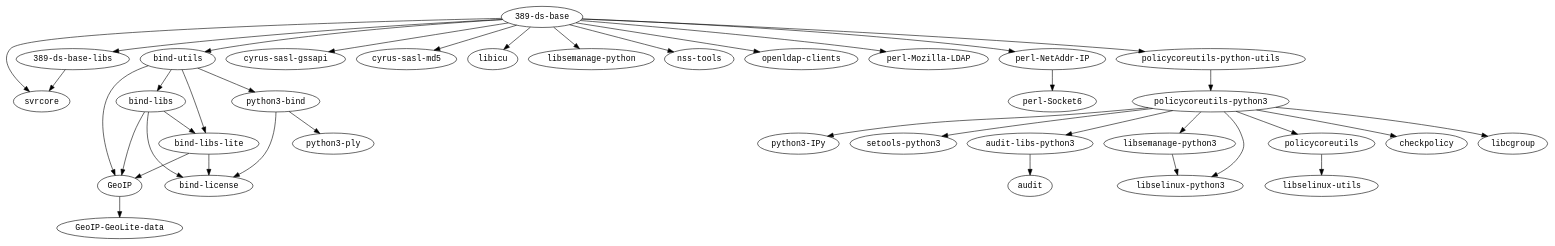
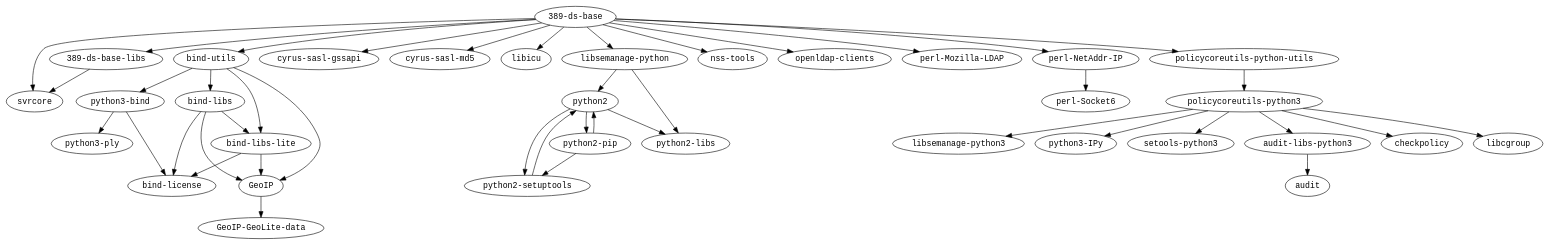
Before and after one commit to fedora-modularity/dependency-report: the diagram in modules/389-ds/s390x/graph.dot, drawn with Graphviz. The commit also changed 1721 other files, not shown here.

```diff
--- a/modules/389-ds/s390x/graph.dot
+++ b/modules/389-ds/s390x/graph.dot
@@ -1,41 +1,45 @@
 strict digraph G {
 node [fontname=monospace];
   "389-ds-base" -> "389-ds-base-libs";
   "389-ds-base" -> "bind-utils";
   "389-ds-base" -> "cyrus-sasl-gssapi";
   "389-ds-base" -> "cyrus-sasl-md5";
   "389-ds-base" -> "libicu";
   "389-ds-base" -> "libsemanage-python";
   "389-ds-base-libs" -> "svrcore";
   "389-ds-base" -> "nss-tools";
   "389-ds-base" -> "openldap-clients";
   "389-ds-base" -> "perl-Mozilla-LDAP";
   "389-ds-base" -> "perl-NetAddr-IP";
   "389-ds-base" -> "policycoreutils-python-utils";
   "389-ds-base" -> "svrcore";
   "audit-libs-python3" -> "audit";
   "bind-libs" -> "bind-libs-lite";
   "bind-libs" -> "bind-license";
   "bind-libs" -> "GeoIP";
   "bind-libs-lite" -> "bind-license";
   "bind-libs-lite" -> "GeoIP";
   "bind-utils" -> "bind-libs";
   "bind-utils" -> "bind-libs-lite";
   "bind-utils" -> "GeoIP";
   "bind-utils" -> "python3-bind";
   "GeoIP" -> "GeoIP-GeoLite-data";
-  "libsemanage-python3" -> "libselinux-python3";
+  "libsemanage-python" -> "python2";
+  "libsemanage-python" -> "python2-libs";
   "perl-NetAddr-IP" -> "perl-Socket6";
-  "policycoreutils" -> "libselinux-utils";
   "policycoreutils-python3" -> "audit-libs-python3";
   "policycoreutils-python3" -> "checkpolicy";
   "policycoreutils-python3" -> "libcgroup";
-  "policycoreutils-python3" -> "libselinux-python3";
   "policycoreutils-python3" -> "libsemanage-python3";
-  "policycoreutils-python3" -> "policycoreutils";
   "policycoreutils-python3" -> "python3-IPy";
   "policycoreutils-python3" -> "setools-python3";
   "policycoreutils-python-utils" -> "policycoreutils-python3";
+  "python2-pip" -> "python2";
+  "python2-pip" -> "python2-setuptools";
+  "python2" -> "python2-libs";
+  "python2" -> "python2-pip";
+  "python2" -> "python2-setuptools";
+  "python2-setuptools" -> "python2";
   "python3-bind" -> "bind-license";
   "python3-bind" -> "python3-ply";
 }
```
